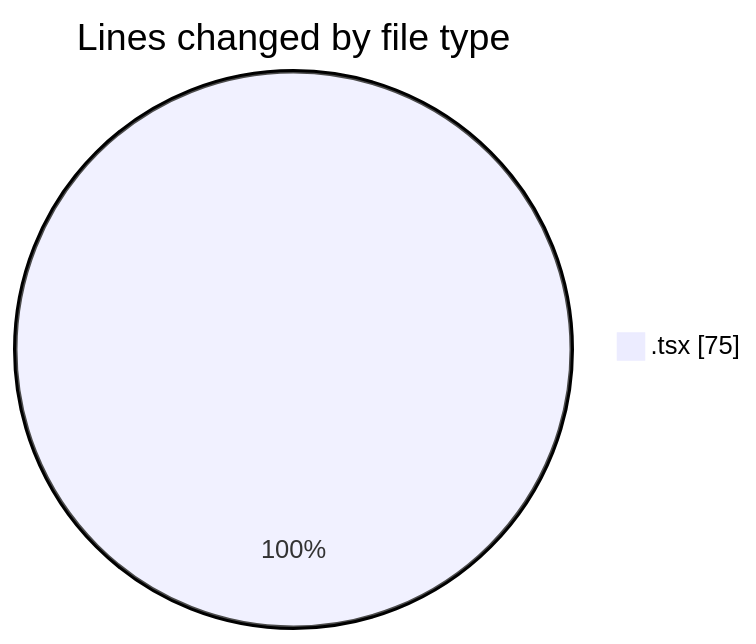
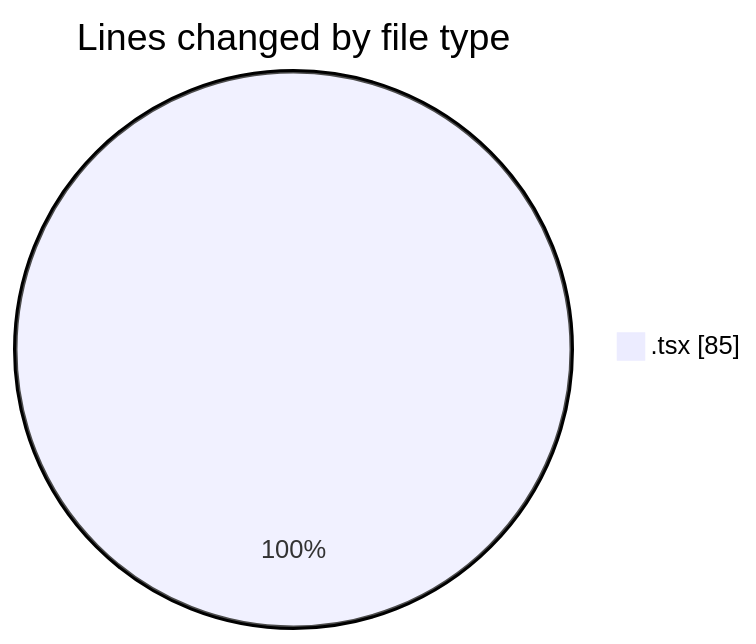
The first of 2 diagrams in 2025-03-10/mbc-web/README.md (robertbonfada/code-tracking), drawn with Mermaid before and after one commit. The commit also changed other lines of this file and 1 other file, not shown here.

````diff
--- a/2025-03-10/mbc-web/README.md
+++ b/2025-03-10/mbc-web/README.md
@@ -24,5 +25,5 @@
 ```mermaid
 pie showData
 title Lines changed by file type
-".tsx" : 75
+".tsx" : 85
 ```
````
